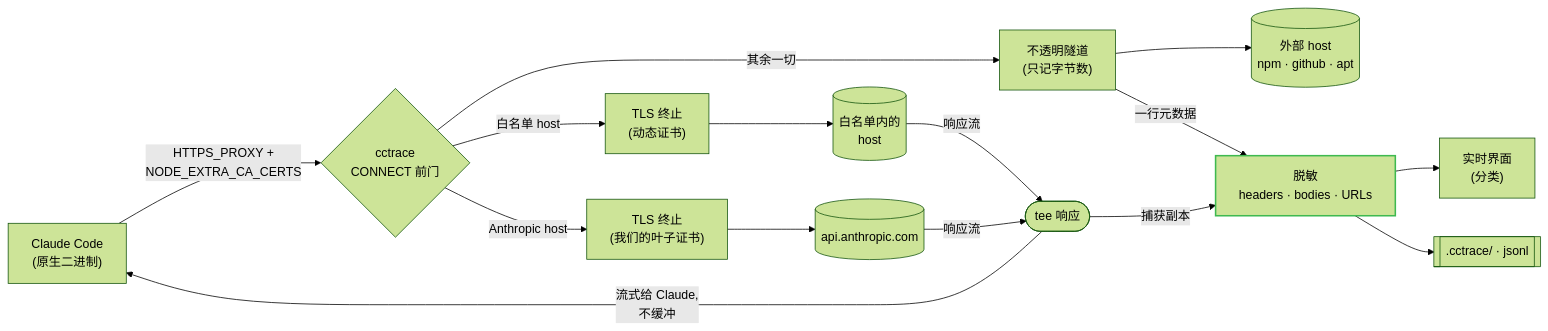
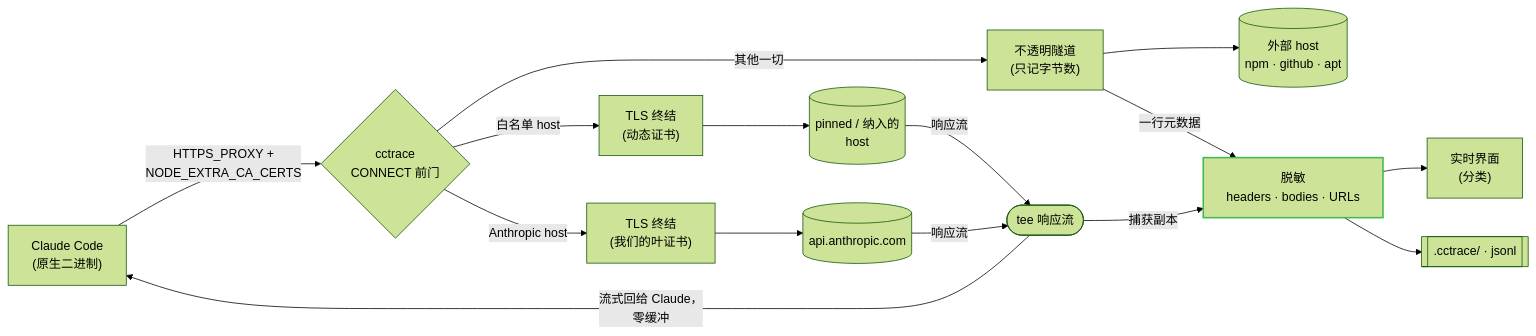
One commit to thevibeworks/cctrace changed the diagram in README.zh-CN.md. Above: the diagram before and after it, drawn with Mermaid (forest theme). The commit also changed other lines of this file and 8 other files, not shown here.

````diff
--- a/README.zh-CN.md
+++ b/README.zh-CN.md
@@ -357,33 +151,33 @@
 ```mermaid
 flowchart LR
     CC["Claude Code<br/>(原生二进制)"]
     FD{"cctrace<br/>CONNECT 前门"}
-    TLS["TLS 终止<br/>(我们的叶子证书)"]
-    BT["TLS 终止<br/>(动态证书)"]
+    TLS["TLS 终结<br/>(我们的叶证书)"]
+    BT["TLS 终结<br/>(动态证书)"]
     TUN["不透明隧道<br/>(只记字节数)"]
     API[("api.anthropic.com")]
-    PIN[("白名单内的<br/>host")]
+    PIN[("pinned / 纳入的<br/>host")]
     EXT[("外部 host<br/>npm · github · apt")]
-    TEE(["tee 响应"])
+    TEE(["tee 响应流"])
     RD["脱敏<br/>headers · bodies · URLs"]
     UI["实时界面<br/>(分类)"]
     OUT[[".cctrace/ · jsonl"]]
 
     CC -- "HTTPS_PROXY +<br/>NODE_EXTRA_CA_CERTS" --> FD
     FD -- "Anthropic host" --> TLS
     FD -- "白名单 host" --> BT
-    FD -- "其余一切" --> TUN
+    FD -- "其他一切" --> TUN
     TLS --> API
     BT --> PIN
     TUN --> EXT
     PIN -- "响应流" --> TEE
     API -- "响应流" --> TEE
     TUN -- "一行元数据" --> RD
-    TEE -- "流式给 Claude,<br/>不缓冲" --> CC
+    TEE -- "流式回给 Claude，<br/>零缓冲" --> CC
     TEE -- "捕获副本" --> RD
     RD --> UI
     RD --> OUT
 
     classDef accent stroke:#3fb950,stroke-width:2px;
     class RD accent
 ```
````
